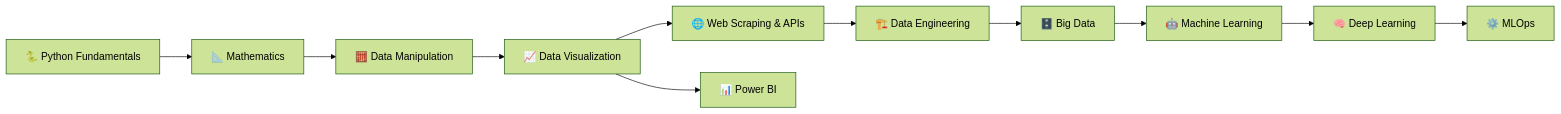
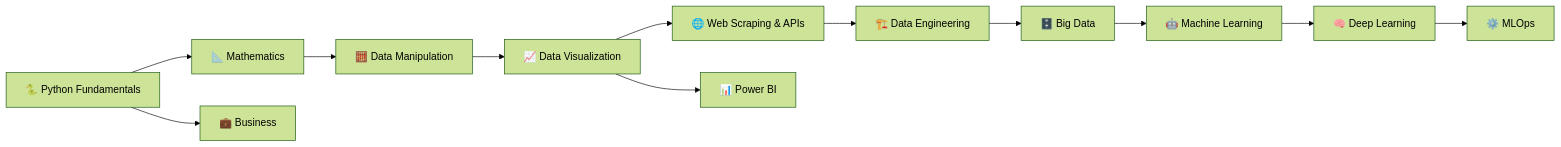
Before and after one commit to ahmed123-cell/data-science-cheatsheets: the diagram in README.md, drawn with Mermaid (forest theme). The commit also changed other lines of this file and 4 other files, not shown here.

````diff
--- a/README.md
+++ b/README.md
@@ -48,13 +49,14 @@
 ```mermaid
 flowchart LR
     A[🐍 Python Fundamentals] --> B[📐 Mathematics]
     B --> C[🧮 Data Manipulation]
     C --> D[📈 Data Visualization]
     D --> E[🌐 Web Scraping & APIs]
     E --> F[🏗️ Data Engineering]
     F --> G[🗄️ Big Data]
     G --> H[🤖 Machine Learning]
     H --> I[🧠 Deep Learning]
     I --> J[⚙️ MLOps]
     D --> K[📊 Power BI]
+    A --> L[💼 Business]
 ```
````
